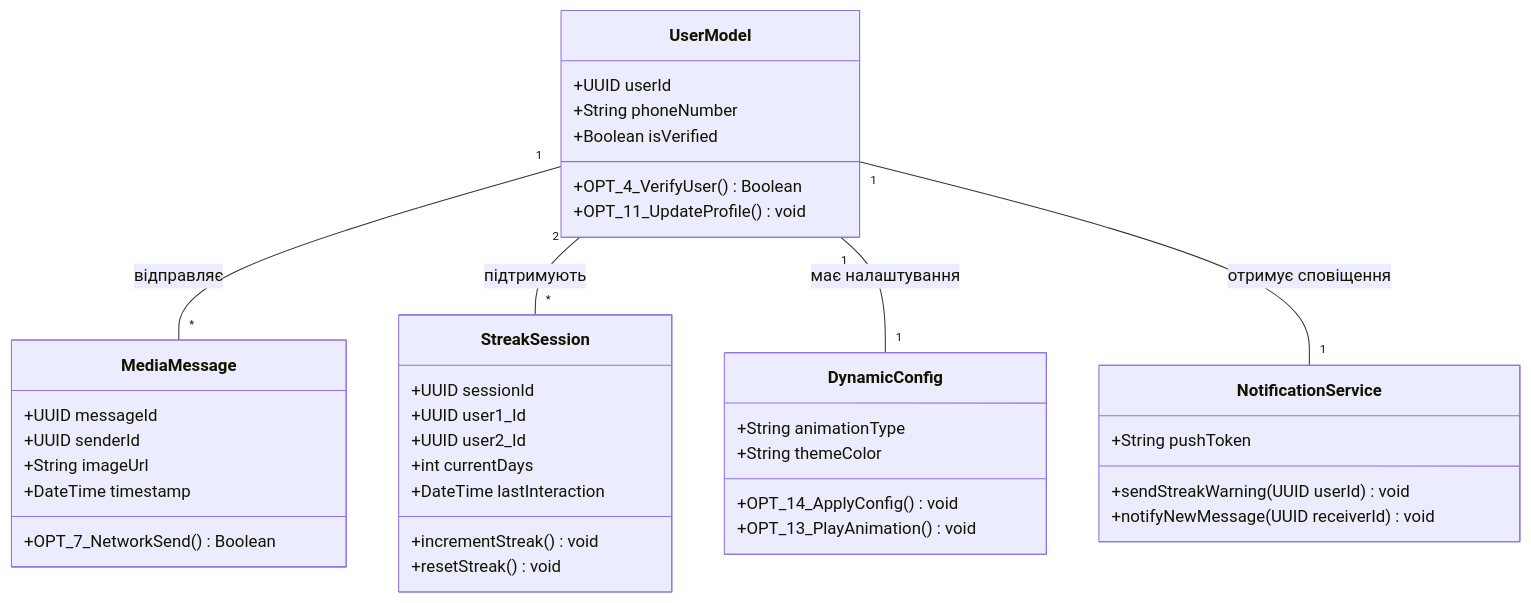
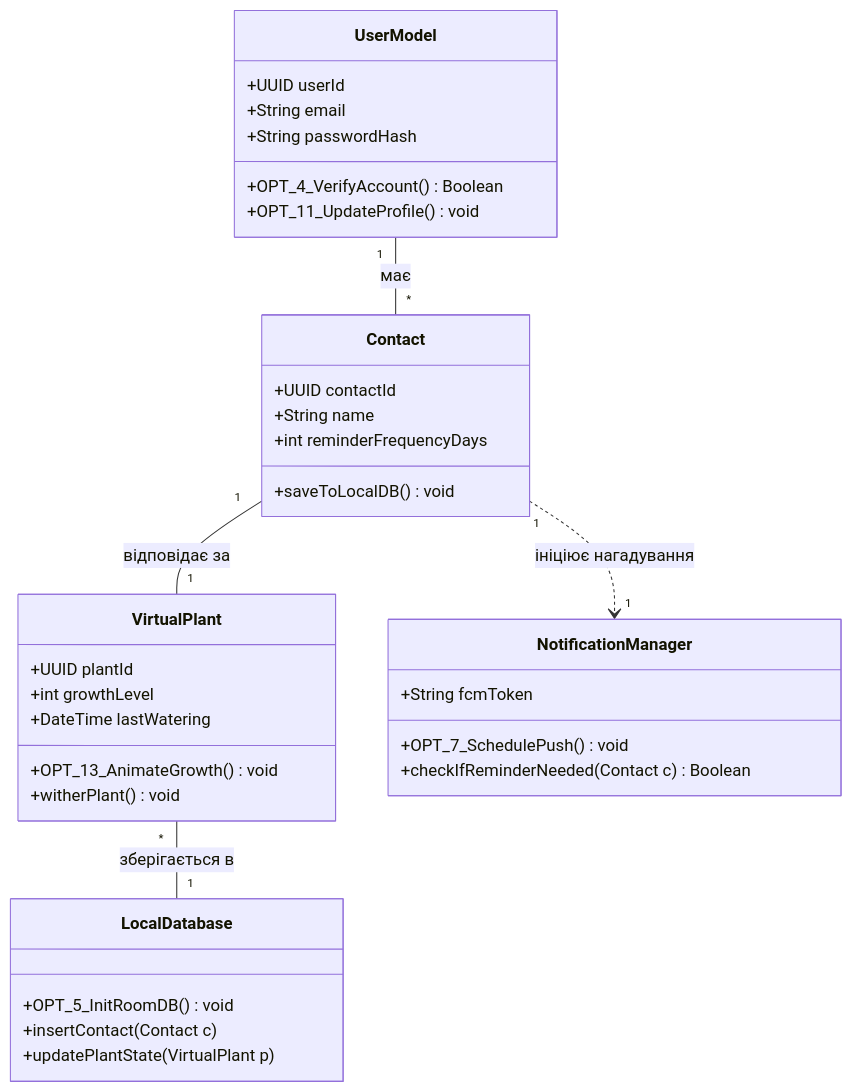
Before and after one commit to BimbaXdeV/OPI-Practice: the second of 3 diagrams in README.md, drawn with Mermaid. The commit also changed other lines of this file, not shown here.

````diff
--- a/README.md
+++ b/README.md
@@ -44,46 +41,42 @@
 ```mermaid
 classDiagram
     class UserModel {
         +UUID userId
-        +String phoneNumber
-        +Boolean isVerified
-        +OPT_4_VerifyUser() Boolean
+        +String email
+        +String passwordHash
+        +OPT_4_VerifyAccount() Boolean
         +OPT_11_UpdateProfile() void
     }
 
-    class MediaMessage {
-        +UUID messageId
-        +UUID senderId
-        +String imageUrl
-        +DateTime timestamp
-        +OPT_7_NetworkSend() Boolean
+    class Contact {
+        +UUID contactId
+        +String name
+        +int reminderFrequencyDays
+        +saveToLocalDB() void
     }
 
-    class StreakSession {
-        +UUID sessionId
-        +UUID user1_Id
-        +UUID user2_Id
-        +int currentDays
-        +DateTime lastInteraction
-        +incrementStreak() void
-        +resetStreak() void
+    class VirtualPlant {
+        +UUID plantId
+        +int growthLevel
+        +DateTime lastWatering
+        +OPT_13_AnimateGrowth() void
+        +witherPlant() void
     }
 
-    class DynamicConfig {
-        +String animationType
-        +String themeColor
-        +OPT_14_ApplyConfig() void
-        +OPT_13_PlayAnimation() void
+    class LocalDatabase {
+        +OPT_5_InitRoomDB() void
+        +insertContact(Contact c)
+        +updatePlantState(VirtualPlant p)
     }
 
-    class NotificationService {
-        +String pushToken
-        +sendStreakWarning(UUID userId) void
-        +notifyNewMessage(UUID receiverId) void
+    class NotificationManager {
+        +String fcmToken
+        +OPT_7_SchedulePush() void
+        +checkIfReminderNeeded(Contact c) Boolean
     }
 
-    UserModel "1" -- "*" MediaMessage : відправляє
-    UserModel "2" -- "*" StreakSession : підтримують
-    UserModel "1" -- "1" DynamicConfig : має налаштування
-    UserModel "1" -- "1" NotificationService : отримує сповіщення
+    UserModel "1" -- "*" Contact : має
+    Contact "1" -- "1" VirtualPlant : відповідає за
+    VirtualPlant "*" -- "1" LocalDatabase : зберігається в
+    Contact "1" ..> "1" NotificationManager : ініціює нагадування
 ```
````
